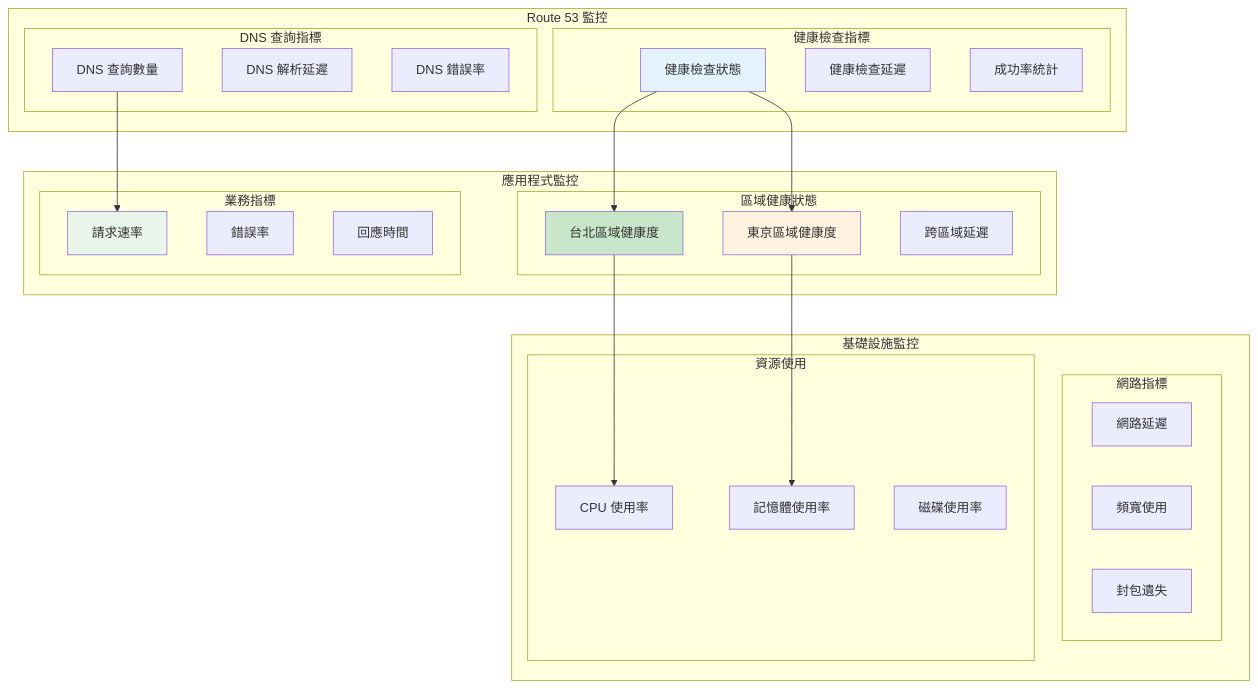
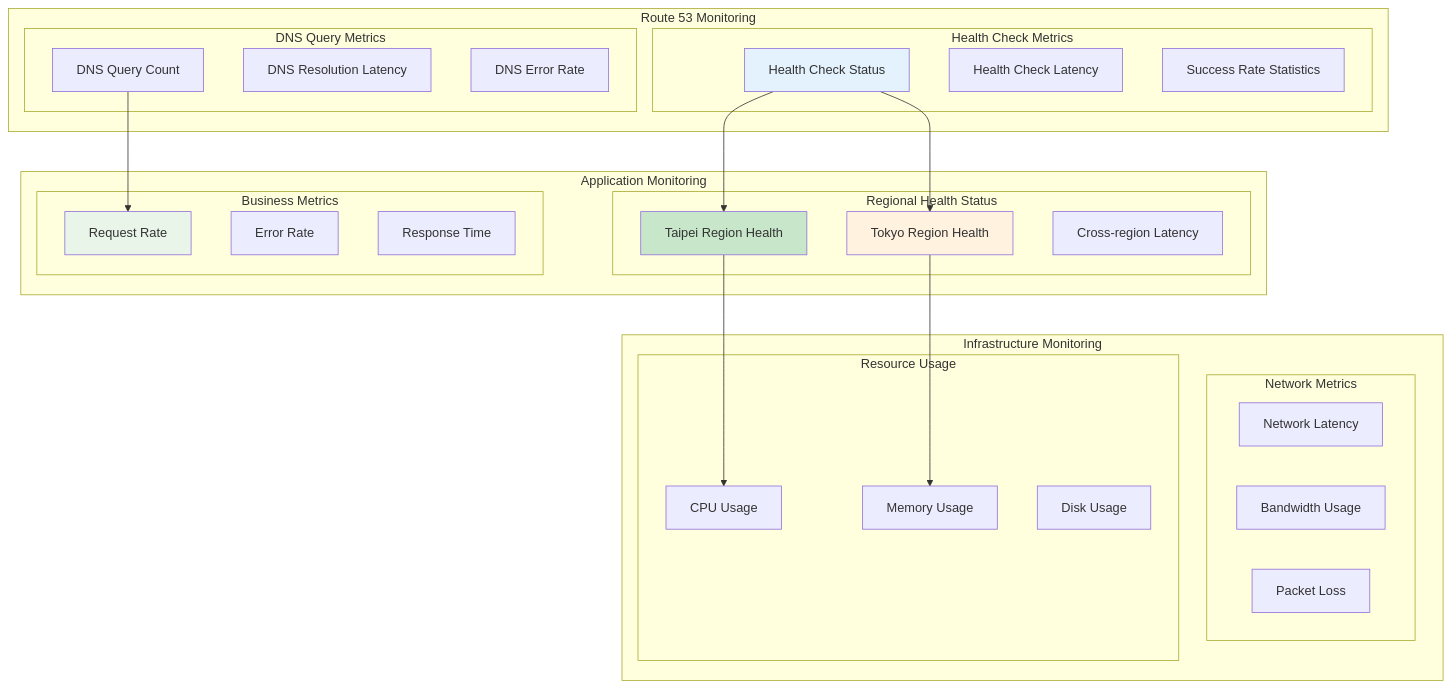
One commit to humank/genai-demo changed the tenth of 11 diagrams in docs/viewpoints/operational/dns-disaster-recovery.md. Above: the diagram before and after it, drawn with Mermaid. The commit also changed other lines of this file and 453 other files, not shown here.

First line of the commit message:
feat: Complete translation of key architecture and API documentation

````diff
--- a/docs/viewpoints/operational/dns-disaster-recovery.md
+++ b/docs/viewpoints/operational/dns-disaster-recovery.md
@@ -514,55 +514,55 @@
 ```mermaid
 graph TB
-    subgraph "Route 53 監控"
-        subgraph "健康檢查指標"
-            HC_Status[健康檢查狀態]
-            HC_Latency[健康檢查延遲]
-            HC_Success[成功率統計]
+    subgraph "Route 53 Monitoring"
+        subgraph "Health Check Metrics"
+            HC_Status[Health Check Status]
+            HC_Latency[Health Check Latency]
+            HC_Success[Success Rate Statistics]
         end
         
-        subgraph "DNS 查詢指標"
-            DNS_Queries[DNS 查詢數量]
-            DNS_Latency[DNS 解析延遲]
-            DNS_Errors[DNS 錯誤率]
+        subgraph "DNS Query Metrics"
+            DNS_Queries[DNS Query Count]
+            DNS_Latency[DNS Resolution Latency]
+            DNS_Errors[DNS Error Rate]
         end
     end
     
-    subgraph "應用程式監控"
-        subgraph "區域健康狀態"
-            Primary_Health[台北區域健康度]
-            Secondary_Health[東京區域健康度]
-            Cross_Region[跨區域延遲]
+    subgraph "Application Monitoring"
+        subgraph "Regional Health Status"
+            Primary_Health[Taipei Region Health]
+            Secondary_Health[Tokyo Region Health]
+            Cross_Region[Cross-region Latency]
         end
         
-        subgraph "業務指標"
-            Request_Rate[請求速率]
-            Error_Rate[錯誤率]
-            Response_Time[回應時間]
+        subgraph "Business Metrics"
+            Request_Rate[Request Rate]
+            Error_Rate[Error Rate]
+            Response_Time[Response Time]
         end
     end
     
-    subgraph "基礎設施監控"
-        subgraph "網路指標"
-            Network_Latency[網路延遲]
-            Bandwidth[頻寬使用]
-            Packet_Loss[封包遺失]
+    subgraph "Infrastructure Monitoring"
+        subgraph "Network Metrics"
+            Network_Latency[Network Latency]
+            Bandwidth[Bandwidth Usage]
+            Packet_Loss[Packet Loss]
         end
         
-        subgraph "資源使用"
-            CPU_Usage[CPU 使用率]
-            Memory_Usage[記憶體使用率]
-            Disk_Usage[磁碟使用率]
+        subgraph "Resource Usage"
+            CPU_Usage[CPU Usage]
+            Memory_Usage[Memory Usage]
+            Disk_Usage[Disk Usage]
         end
     end
     
     HC_Status --> Primary_Health
     HC_Status --> Secondary_Health
     DNS_Queries --> Request_Rate
     Primary_Health --> CPU_Usage
     Secondary_Health --> Memory_Usage
     
     style HC_Status fill:#e3f2fd
     style Primary_Health fill:#c8e6c9
     style Secondary_Health fill:#fff3e0
     style Request_Rate fill:#e8f5e8
 ```
````
